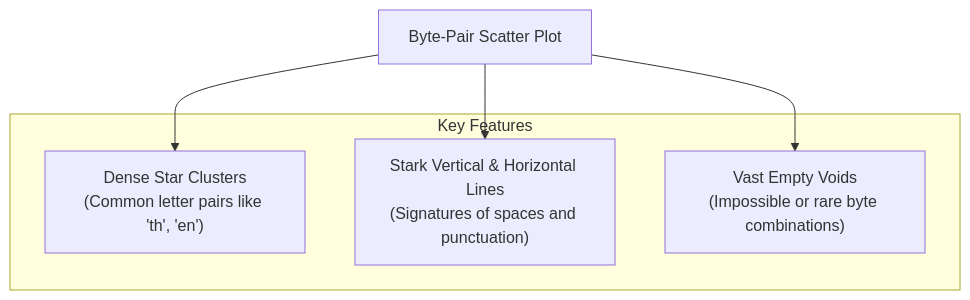
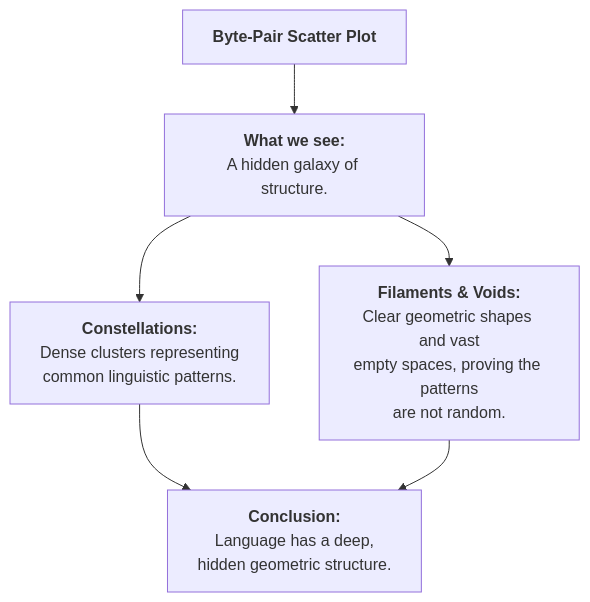
One commit to eltay89/eltay89.github.io changed the first of 3 diagrams in _posts/2025-08-22-analyzing-bytes-for-llms.md. Above: the diagram before and after it, drawn with Mermaid. The commit also changed other lines of this file, not shown here.

````diff
--- a/_posts/2025-08-22-analyzing-bytes-for-llms.md
+++ b/_posts/2025-08-22-analyzing-bytes-for-llms.md
@@ -58,12 +36,7 @@
 ```mermaid
 graph TD
-    A["Byte-Pair Scatter Plot"]
-    subgraph "Key Features"
-      B["Dense Star Clusters<br>(Common letter pairs like 'th', 'en')"]
-      C["Stark Vertical & Horizontal Lines<br>(Signatures of spaces and punctuation)"]
-      D["Vast Empty Voids<br>(Impossible or rare byte combinations)"]
-    end
-    A --> B
-    A --> C
-    A --> D
+    A["<b>Byte-Pair Scatter Plot</b>"] --> B["<b>What we see:</b><br>A hidden galaxy of structure."];
+    B --> C["<b>Constellations:</b><br>Dense clusters representing<br>common linguistic patterns."];
+    B --> D["<b>Filaments & Voids:</b><br>Clear geometric shapes and vast<br>empty spaces, proving the patterns<br>are not random."];
+    C & D --> E["<b>Conclusion:</b><br>Language has a deep,<br>hidden geometric structure."];
 ```
````
